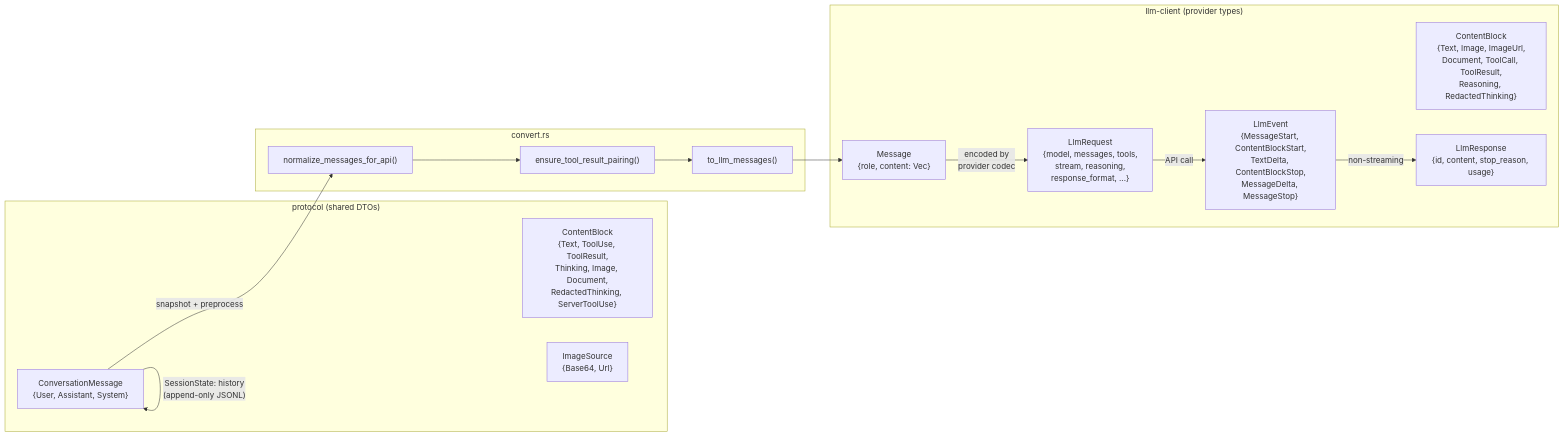
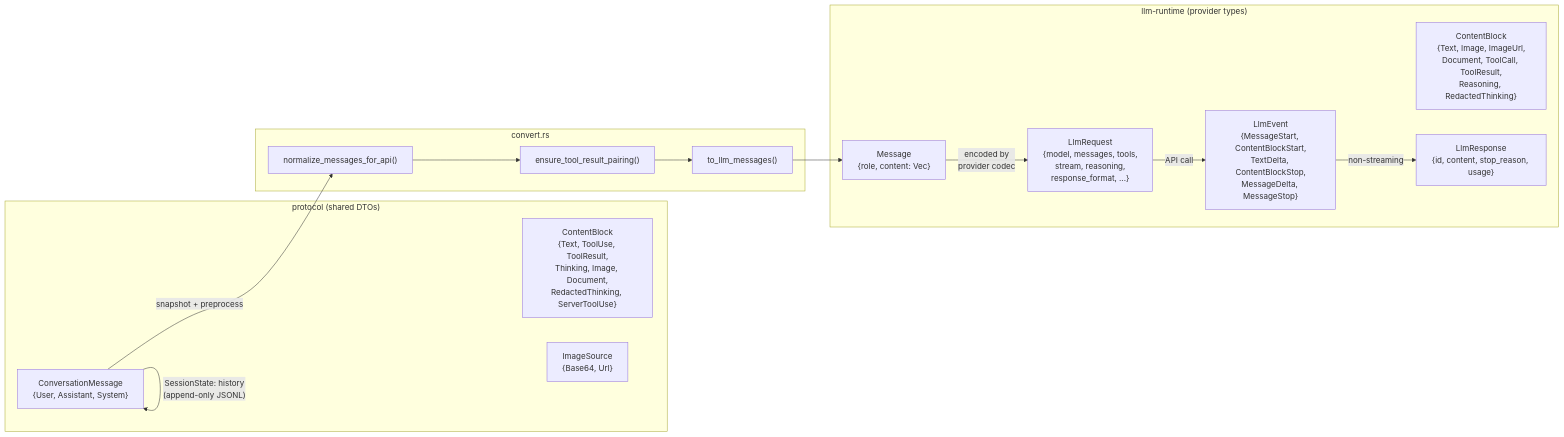
Before and after one commit to lingxi-coder/lingxi-app: the sixth of 7 diagrams in lingxi-code/docs/architecture-flow.md, drawn with Mermaid. The commit also changed other lines of this file and 843 other files, not shown here.

````diff
--- a/lingxi-code/docs/architecture-flow.md
+++ b/lingxi-code/docs/architecture-flow.md
@@ -323,28 +323,28 @@
 ```mermaid
 flowchart LR
     subgraph PROTO["protocol (shared DTOs)"]
         ConvMsg["ConversationMessage<br/>{User, Assistant, System}"]
         CB["ContentBlock<br/>{Text, ToolUse, ToolResult,<br/>Thinking, Image, Document,<br/>RedactedThinking, ServerToolUse}"]
         ImgSrc["ImageSource<br/>{Base64, Url}"]
     end
 
-    subgraph LLM["llm-client (provider types)"]
+    subgraph LLM["llm-runtime (provider types)"]
         LlmReq["LlmRequest<br/>{model, messages, tools,<br/>stream, reasoning,<br/>response_format, ...}"]
         LlmMsg["Message<br/>{role, content: Vec<ContentBlock>}"]
         LlmCB["ContentBlock<br/>{Text, Image, ImageUrl,<br/>Document, ToolCall, ToolResult,<br/>Reasoning, RedactedThinking}"]
         LlmEvt["LlmEvent<br/>{MessageStart, ContentBlockStart,<br/>TextDelta, ContentBlockStop,<br/>MessageDelta, MessageStop}"]
         LlmResp["LlmResponse<br/>{id, content, stop_reason, usage}"]
     end
 
     subgraph BRIDGE["convert.rs"]
         TO_LLM["to_llm_messages()"]
         NORM["normalize_messages_for_api()"]
         PAIR["ensure_tool_result_pairing()"]
     end
 
     ConvMsg -->|"SessionState: history<br/>(append-only JSONL)"| ConvMsg
     ConvMsg -->|"snapshot + preprocess"| NORM --> PAIR --> TO_LLM --> LlmMsg
     LlmMsg -->|"encoded by<br/>provider codec"| LlmReq
     LlmReq -->|"API call"| LlmEvt
     LlmEvt -->|"non-streaming"| LlmResp
 ```
````
